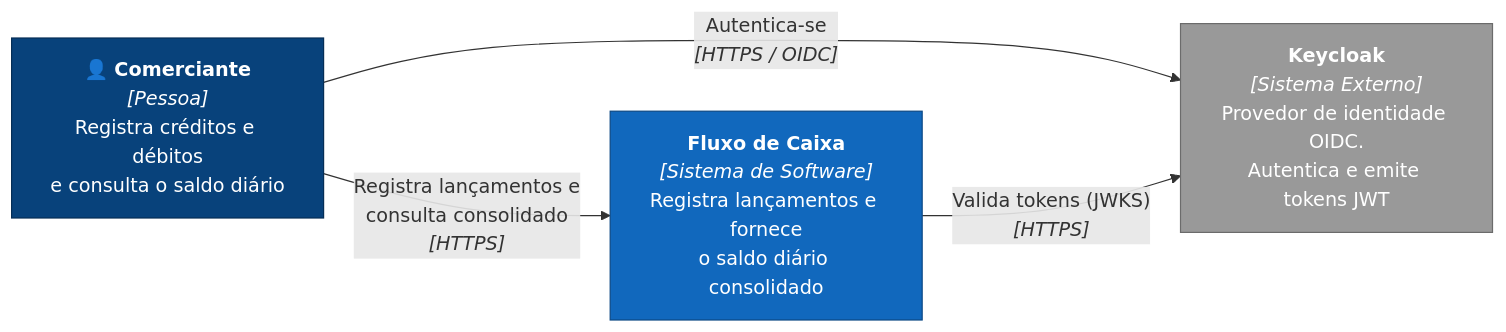
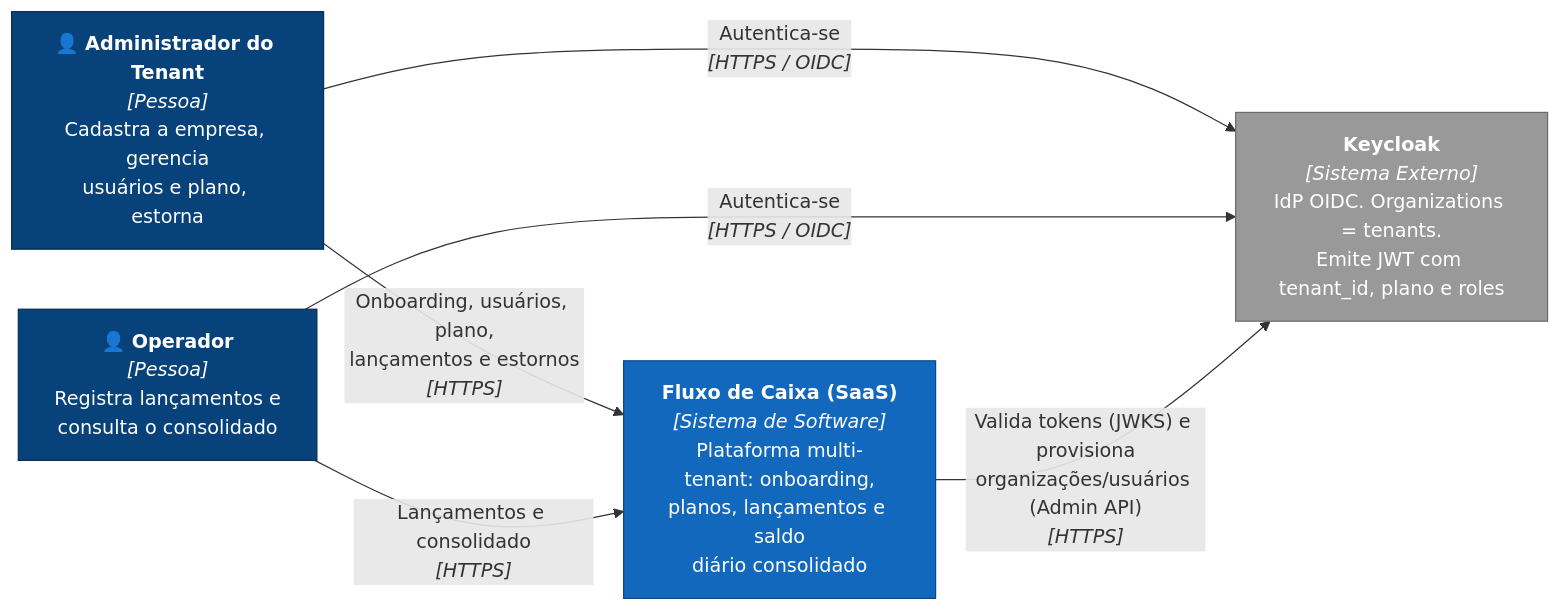
Before and after one commit to igorwaterloo/Verx-desafio20260922: the diagram in docs/architecture/c4-1-contexto.md, drawn with Mermaid. The commit also changed other lines of this file and 3 other files, not shown here.

First line of the commit message:
docs(c4): atualiza diagramas para SaaS

````diff
--- a/docs/architecture/c4-1-contexto.md
+++ b/docs/architecture/c4-1-contexto.md
@@ -7,19 +7,22 @@
 ```mermaid
 flowchart LR
-    comerciante["👤 <b>Comerciante</b><br/><i>[Pessoa]</i><br/>Registra créditos e débitos<br/>e consulta o saldo diário"]
+    admin["👤 <b>Administrador do Tenant</b><br/><i>[Pessoa]</i><br/>Cadastra a empresa, gerencia<br/>usuários e plano, estorna"]
+    operador["👤 <b>Operador</b><br/><i>[Pessoa]</i><br/>Registra lançamentos e<br/>consulta o consolidado"]
 
-    fluxo["<b>Fluxo de Caixa</b><br/><i>[Sistema de Software]</i><br/>Registra lançamentos e fornece<br/>o saldo diário consolidado"]
+    fluxo["<b>Fluxo de Caixa (SaaS)</b><br/><i>[Sistema de Software]</i><br/>Plataforma multi-tenant: onboarding,<br/>planos, lançamentos e saldo<br/>diário consolidado"]
 
-    keycloak["<b>Keycloak</b><br/><i>[Sistema Externo]</i><br/>Provedor de identidade OIDC.<br/>Autentica e emite tokens JWT"]
+    keycloak["<b>Keycloak</b><br/><i>[Sistema Externo]</i><br/>IdP OIDC. Organizations = tenants.<br/>Emite JWT com tenant_id, plano e roles"]
 
-    comerciante -- "Registra lançamentos e<br/>consulta consolidado<br/><i>[HTTPS]</i>" --> fluxo
-    comerciante -- "Autentica-se<br/><i>[HTTPS / OIDC]</i>" --> keycloak
-    fluxo -- "Valida tokens (JWKS)<br/><i>[HTTPS]</i>" --> keycloak
+    admin -- "Onboarding, usuários, plano,<br/>lançamentos e estornos<br/><i>[HTTPS]</i>" --> fluxo
+    operador -- "Lançamentos e consolidado<br/><i>[HTTPS]</i>" --> fluxo
+    admin -- "Autentica-se<br/><i>[HTTPS / OIDC]</i>" --> keycloak
+    operador -- "Autentica-se<br/><i>[HTTPS / OIDC]</i>" --> keycloak
+    fluxo -- "Valida tokens (JWKS) e provisiona<br/>organizações/usuários (Admin API)<br/><i>[HTTPS]</i>" --> keycloak
 
     classDef person fill:#08427b,stroke:#052e56,color:#fff
     classDef system fill:#1168bd,stroke:#0b4884,color:#fff
     classDef external fill:#999999,stroke:#6b6b6b,color:#fff
-    class comerciante person
+    class admin,operador person
     class fluxo system
     class keycloak external
 ```
````
